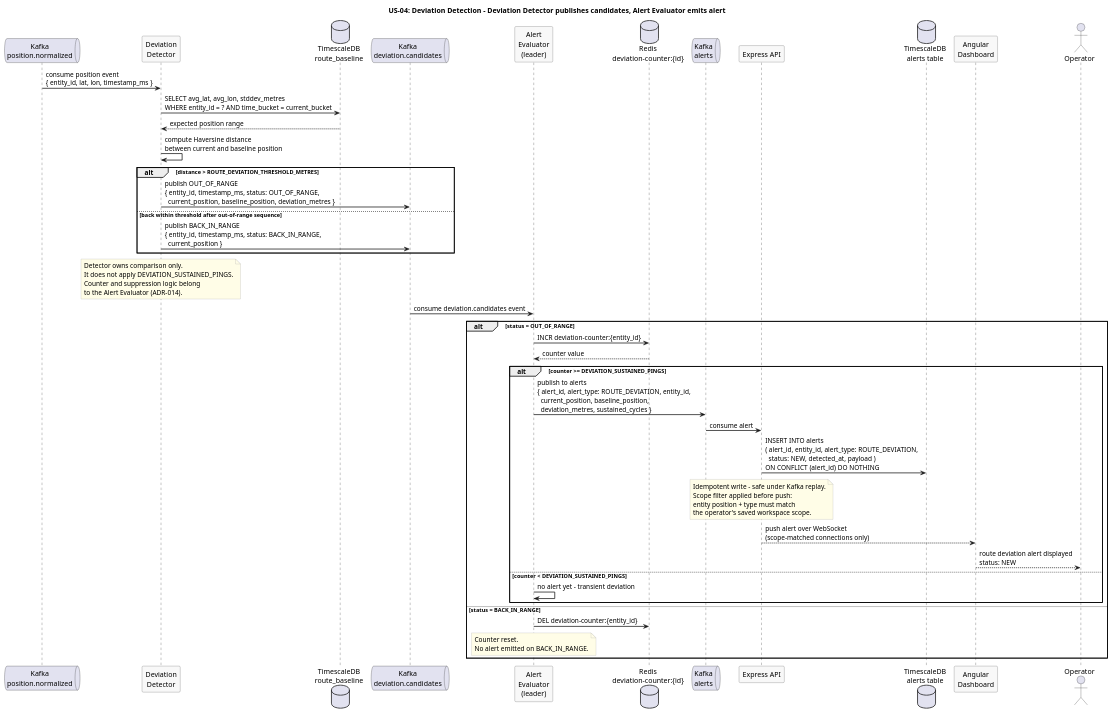
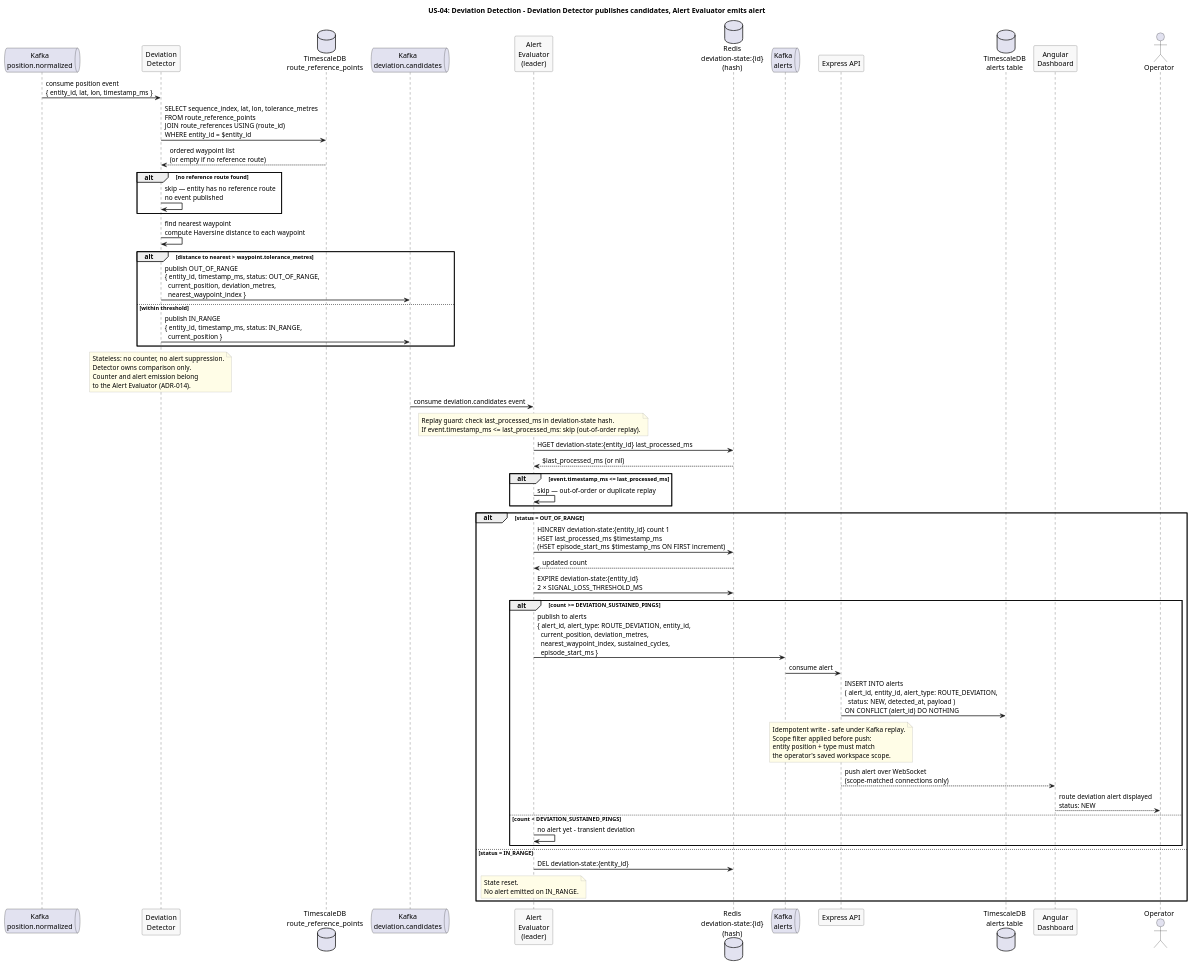
The diagram in docs/use-cases/US-04-route-deviation-alert/deviation-detection.puml (Buffden/sentinel), drawn with PlantUML before and after one commit. The commit also changed 2 other files, not shown here.

Commit message:
deviation-detector: stateless detector; deviation-state hash with episode_start_ms and replay guard
Deviation Detector classifies every ping independently — no transition tracking.
BACK_IN_RANGE replaced by IN_RANGE (emitted on every in-range ping). Alert Evaluator
owns episode state via deviation-state hash: count, episode_start_ms, last_processed_ms
(replay guard), and a safety TTL of 2×SIGNAL_LOSS_THRESHOLD_MS. ADR-014 updated.

```diff
--- a/docs/use-cases/US-04-route-deviation-alert/deviation-detection.puml
+++ b/docs/use-cases/US-04-route-deviation-alert/deviation-detection.puml
@@ -1,72 +1,90 @@
 @startuml deviation-detection
 title US-04: Deviation Detection - Deviation Detector publishes candidates, Alert Evaluator emits alert
 
 skinparam sequenceArrowThickness 1.5
 skinparam participantBorderColor #555555
 skinparam participantBackgroundColor #F8F8F8
 skinparam noteBorderColor #AAAAAA
 skinparam noteBackgroundColor #FFFDE7
 
 queue "Kafka\nposition.normalized" as NormKafka
 participant "Deviation\nDetector" as Detector
-database "TimescaleDB\nroute_baseline" as Baseline
+database "TimescaleDB\nroute_reference_points" as RoutePoints
 queue "Kafka\ndeviation.candidates" as DevCandKafka
 participant "Alert\nEvaluator\n(leader)" as Evaluator
-database "Redis\ndeviation-counter:{id}" as DevState
+database "Redis\ndeviation-state:{id}\n(hash)" as DevState
 queue "Kafka\nalerts" as Alerts
 participant "Express API" as API
 database "TimescaleDB\nalerts table" as TSDB
 participant "Angular\nDashboard" as Dashboard
 actor Operator
 
 NormKafka -> Detector : consume position event\n{ entity_id, lat, lon, timestamp_ms }
 
-Detector -> Baseline : SELECT avg_lat, avg_lon, stddev_metres\nWHERE entity_id = ? AND time_bucket = current_bucket
-Baseline --> Detector : expected position range
+Detector -> RoutePoints : SELECT sequence_index, lat, lon, tolerance_metres\nFROM route_reference_points\nJOIN route_references USING (route_id)\nWHERE entity_id = $entity_id
+RoutePoints --> Detector : ordered waypoint list\n(or empty if no reference route)
 
-Detector -> Detector : compute Haversine distance\nbetween current and baseline position
+alt no reference route found
+  Detector -> Detector : skip — entity has no reference route\nno event published
+end
 
-alt distance > ROUTE_DEVIATION_THRESHOLD_METRES
-  Detector -> DevCandKafka : publish OUT_OF_RANGE\n{ entity_id, timestamp_ms, status: OUT_OF_RANGE,\n  current_position, baseline_position, deviation_metres }
-else back within threshold after out-of-range sequence
-  Detector -> DevCandKafka : publish BACK_IN_RANGE\n{ entity_id, timestamp_ms, status: BACK_IN_RANGE,\n  current_position }
+Detector -> Detector : find nearest waypoint\ncompute Haversine distance to each waypoint
+
+alt distance to nearest > waypoint.tolerance_metres
+  Detector -> DevCandKafka : publish OUT_OF_RANGE\n{ entity_id, timestamp_ms, status: OUT_OF_RANGE,\n  current_position, deviation_metres,\n  nearest_waypoint_index }
+else within threshold
+  Detector -> DevCandKafka : publish IN_RANGE\n{ entity_id, timestamp_ms, status: IN_RANGE,\n  current_position }
 end
 
 note over Detector
+  Stateless: no counter, no alert suppression.
   Detector owns comparison only.
-  It does not apply DEVIATION_SUSTAINED_PINGS.
-  Counter and suppression logic belong
+  Counter and alert emission belong
   to the Alert Evaluator (ADR-014).
 end note
 
 DevCandKafka -> Evaluator : consume deviation.candidates event
 
+note over Evaluator
+  Replay guard: check last_processed_ms in deviation-state hash.
+  If event.timestamp_ms <= last_processed_ms: skip (out-of-order replay).
+end note
+
+Evaluator -> DevState : HGET deviation-state:{entity_id} last_processed_ms
+DevState --> Evaluator : $last_processed_ms (or nil)
+
+alt event.timestamp_ms <= last_processed_ms
+  Evaluator -> Evaluator : skip — out-of-order or duplicate replay
+end
+
 alt status = OUT_OF_RANGE
-  Evaluator -> DevState : INCR deviation-counter:{entity_id}
-  DevState --> Evaluator : counter value
+  Evaluator -> DevState : HINCRBY deviation-state:{entity_id} count 1\nHSET last_processed_ms $timestamp_ms\n(HSET episode_start_ms $timestamp_ms ON FIRST increment)
+  DevState --> Evaluator : updated count
 
-  alt counter >= DEVIATION_SUSTAINED_PINGS
-    Evaluator -> Alerts : publish to alerts\n{ alert_id, alert_type: ROUTE_DEVIATION, entity_id,\n  current_position, baseline_position,\n  deviation_metres, sustained_cycles }
+  Evaluator -> DevState : EXPIRE deviation-state:{entity_id}\n2 × SIGNAL_LOSS_THRESHOLD_MS
+
+  alt count >= DEVIATION_SUSTAINED_PINGS
+    Evaluator -> Alerts : publish to alerts\n{ alert_id, alert_type: ROUTE_DEVIATION, entity_id,\n  current_position, deviation_metres,\n  nearest_waypoint_index, sustained_cycles,\n  episode_start_ms }
     Alerts -> API : consume alert
     API -> TSDB : INSERT INTO alerts\n( alert_id, entity_id, alert_type: ROUTE_DEVIATION,\n  status: NEW, detected_at, payload )\nON CONFLICT (alert_id) DO NOTHING
     note over API
       Idempotent write - safe under Kafka replay.
       Scope filter applied before push:
       entity position + type must match
       the operator's saved workspace scope.
     end note
     API --> Dashboard : push alert over WebSocket\n(scope-matched connections only)
     Dashboard --> Operator : route deviation alert displayed\nstatus: NEW
-  else counter < DEVIATION_SUSTAINED_PINGS
+  else count < DEVIATION_SUSTAINED_PINGS
     Evaluator -> Evaluator : no alert yet - transient deviation
   end
 
-else status = BACK_IN_RANGE
-  Evaluator -> DevState : DEL deviation-counter:{entity_id}
+else status = IN_RANGE
+  Evaluator -> DevState : DEL deviation-state:{entity_id}
   note over Evaluator
-    Counter reset.
-    No alert emitted on BACK_IN_RANGE.
+    State reset.
+    No alert emitted on IN_RANGE.
   end note
 end
 
 @enduml
```
